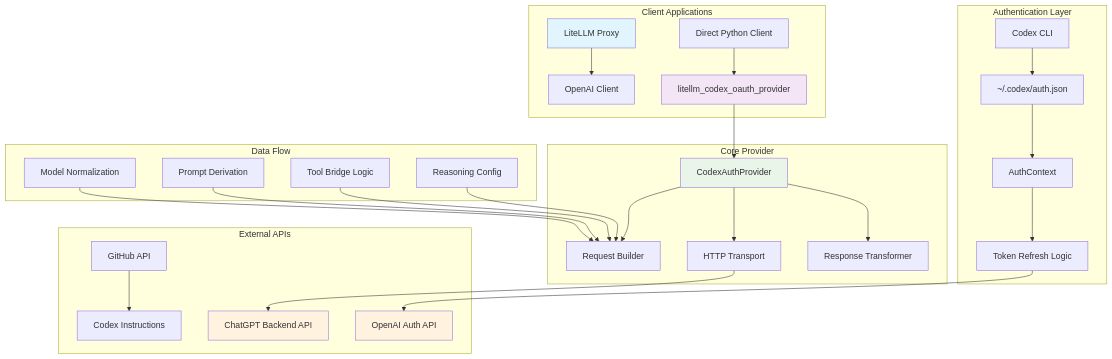
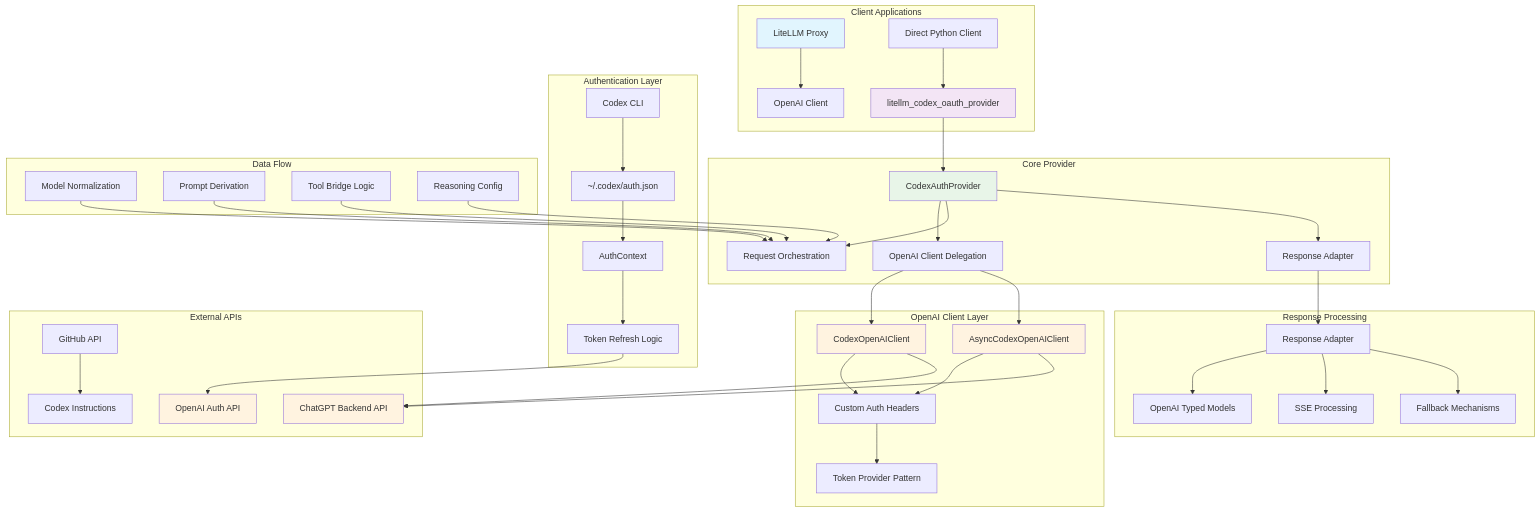
Before and after one commit to jslorrma/litellm-codex-oauth-provider: the first of 13 diagrams in docs/architecture.md, drawn with Mermaid. The commit also changed other lines of this file and 3 other files, not shown here.

First line of the commit message:
docs: update documentation for OpenAI client architecture

````diff
--- a/docs/architecture.md
+++ b/docs/architecture.md
@@ -7,39 +7,57 @@
 ```mermaid
 graph TB
     subgraph "Client Applications"
         A[LiteLLM Proxy] --> B[OpenAI Client]
         C[Direct Python Client] --> D[litellm_codex_oauth_provider]
     end
 
     subgraph "Authentication Layer"
         E[Codex CLI] --> F[~/.codex/auth.json]
         F --> G[AuthContext]
         G --> H[Token Refresh Logic]
     end
 
     subgraph "Core Provider"
         D --> I[CodexAuthProvider]
-        I --> J[Request Builder]
-        I --> K[HTTP Transport]
-        I --> L[Response Transformer]
+        I --> J[OpenAI Client Delegation]
+        I --> K[Request Orchestration]
+        I --> L[Response Adapter]
+    end
+
+    subgraph "OpenAI Client Layer"
+        J --> M[CodexOpenAIClient]
+        J --> N[AsyncCodexOpenAIClient]
+        M --> O[Custom Auth Headers]
+        N --> O
+        O --> P[Token Provider Pattern]
+    end
+
+    subgraph "Response Processing"
+        L --> Q[Response Adapter]
+        Q --> R[OpenAI Typed Models]
+        Q --> S[SSE Processing]
+        Q --> T[Fallback Mechanisms]
     end
 
     subgraph "External APIs"
-        K --> M[ChatGPT Backend API]
-        H --> N[OpenAI Auth API]
-        O[GitHub API] --> P[Codex Instructions]
+        M --> U[ChatGPT Backend API]
+        N --> U
+        H --> V[OpenAI Auth API]
+        W[GitHub API] --> X[Codex Instructions]
     end
 
     subgraph "Data Flow"
-        Q[Model Normalization] --> J
-        R[Prompt Derivation] --> J
-        S[Tool Bridge Logic] --> J
-        T[Reasoning Config] --> J
+        Y[Model Normalization] --> K
+        Z[Prompt Derivation] --> K
+        AA[Tool Bridge Logic] --> K
+        BB[Reasoning Config] --> K
     end
 
     style A fill:#e1f5fe
     style D fill:#f3e5f5
     style I fill:#e8f5e8
     style M fill:#fff3e0
     style N fill:#fff3e0
+    style U fill:#fff3e0
+    style V fill:#fff3e0
 ```
````
